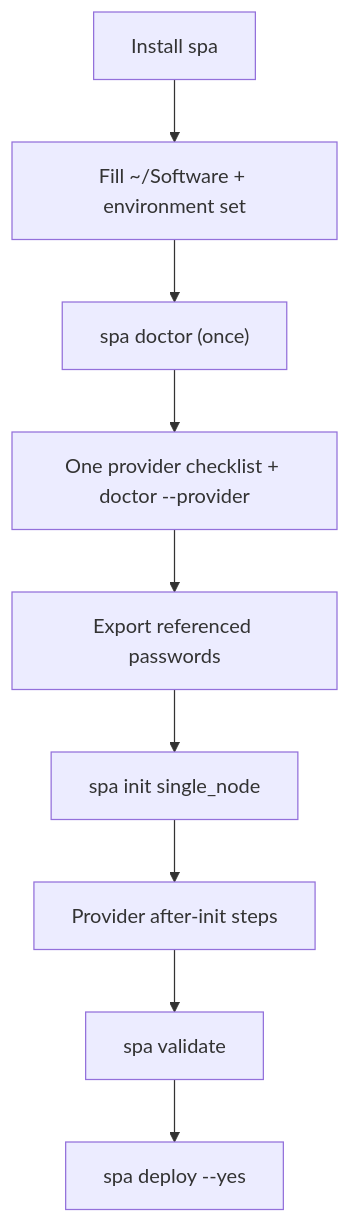
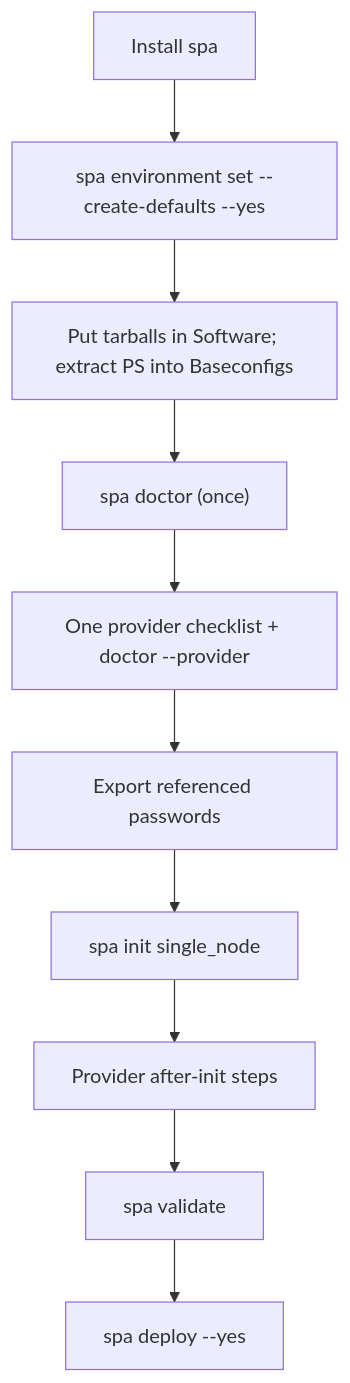
One commit to splunk/splunk-platform-automator changed the diagram in docs/quick-start.md. Above: the diagram before and after it, drawn with Mermaid. The commit also changed other lines of this file and 20 other files, not shown here.

````diff
--- a/docs/quick-start.md
+++ b/docs/quick-start.md
@@ -78,11 +84,12 @@
 ```mermaid
 flowchart TD
-  install["Install spa"] --> software["Fill ~/Software + environment set"]
-  software --> doctor["spa doctor (once)"]
+  install["Install spa"] --> create["spa environment set --create-defaults --yes"]
+  create --> fill["Put tarballs in Software; extract PS into Baseconfigs"]
+  fill --> doctor["spa doctor (once)"]
   doctor --> provider["One provider checklist + doctor --provider"]
   provider --> secrets["Export referenced passwords"]
   secrets --> init["spa init single_node"]
   init --> after["Provider after-init steps"]
   after --> validate["spa validate"]
   validate --> deploy["spa deploy --yes"]
 ```
````
